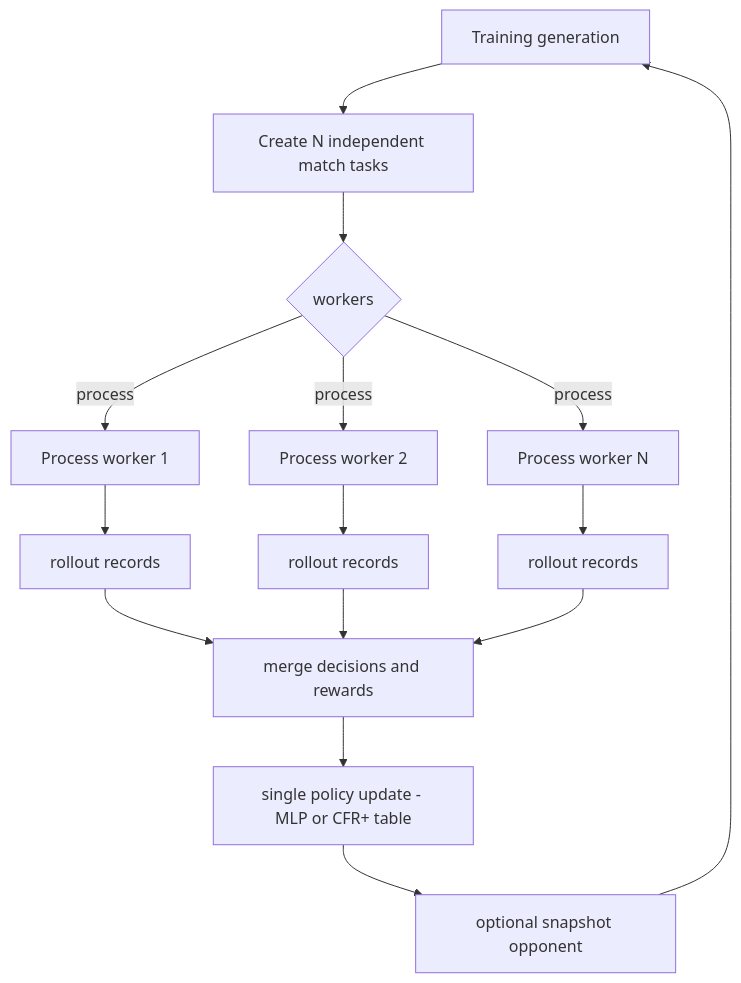
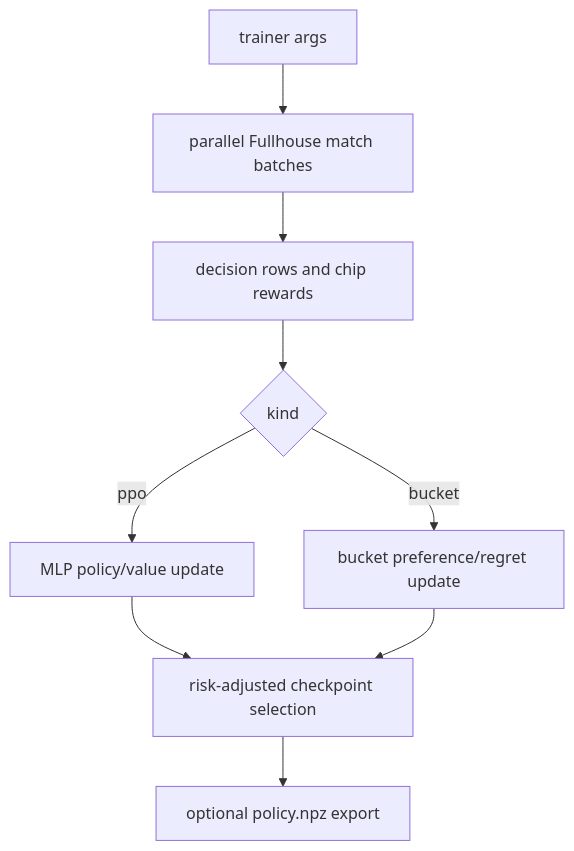
Before and after one commit to kosunghun317/fullhouse-engine: the diagram in docs/real-training-pipeline-plan.md, drawn with Mermaid. The commit also changed other lines of this file and 18 other files, not shown here.

Commit message:
docs: consolidate training and PPO notes

````diff
--- a/docs/real-training-pipeline-plan.md
+++ b/docs/real-training-pipeline-plan.md
@@ -193,17 +23,11 @@
 ```mermaid
 graph TD
-    Generation["Training generation"] --> Tasks["Create N independent match tasks"]
-    Tasks --> Workers{"workers"}
-    Workers -->|process| P1["Process worker 1"]
-    Workers -->|process| P2["Process worker 2"]
-    Workers -->|process| Pn["Process worker N"]
-    P1 --> R1["rollout records"]
-    P2 --> R2["rollout records"]
-    Pn --> Rn["rollout records"]
-    R1 --> Merge["merge decisions and rewards"]
-    R2 --> Merge
-    Rn --> Merge
-    Merge --> Update["single policy update - MLP or CFR+ table"]
-    Update --> Snapshot["optional snapshot opponent"]
-    Snapshot --> Generation
+    Args["trainer args"] --> Matches["parallel Fullhouse match batches"]
+    Matches --> Data["decision rows and chip rewards"]
+    Data --> Update{"kind"}
+    Update -->|ppo| PPO["MLP policy/value update"]
+    Update -->|bucket| Bucket["bucket preference/regret update"]
+    PPO --> Select["risk-adjusted checkpoint selection"]
+    Bucket --> Select
+    Select --> Export["optional policy.npz export"]
 ```
````
